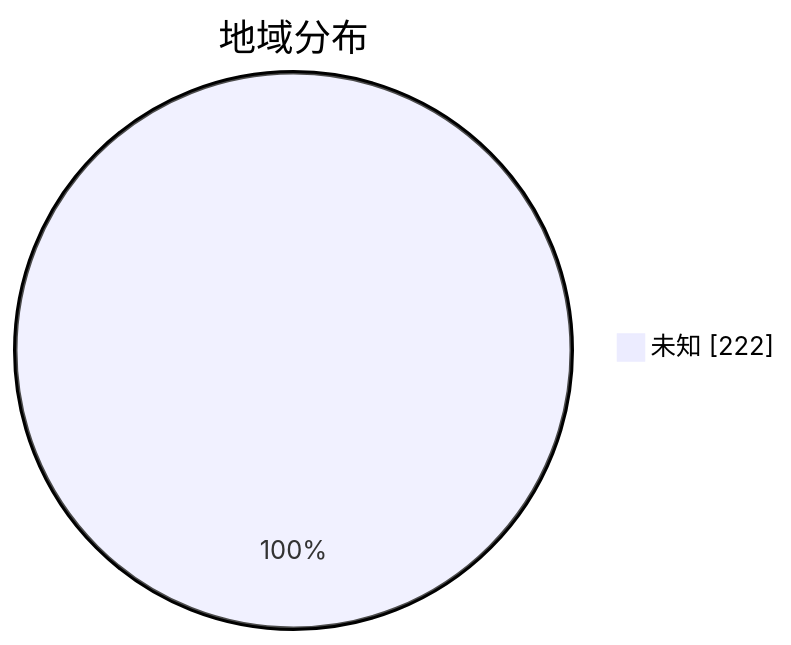
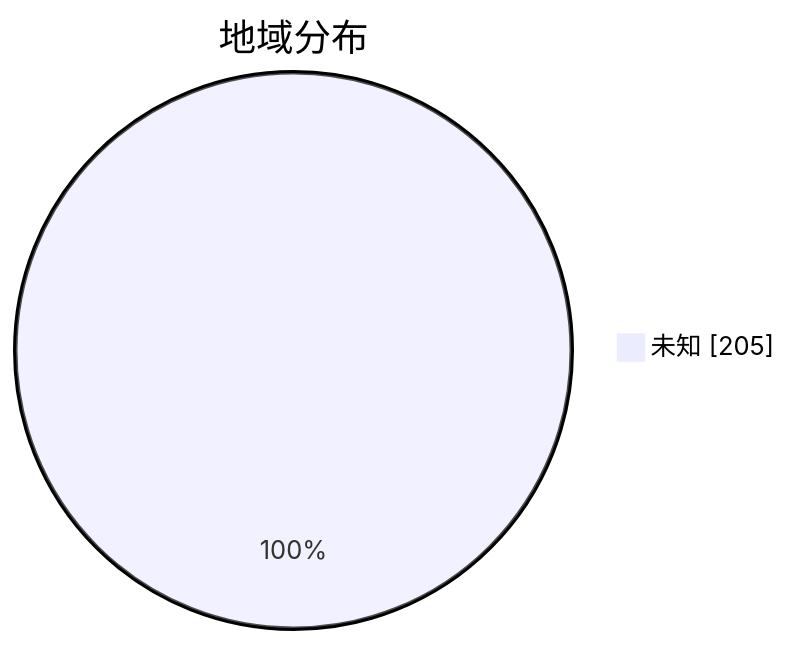
Before and after one commit to qjlxg/airport: the second of 3 diagrams in subs/statistics/tested_within.md, drawn with Mermaid. The commit also changed other lines of this file and 2 other files, not shown here.

````diff
--- a/subs/statistics/tested_within.md
+++ b/subs/statistics/tested_within.md
@@ -12,5 +12,5 @@
 ```mermaid
 pie showData
 title 地域分布
-"未知" : 222
+"未知" : 205
 ```
````
